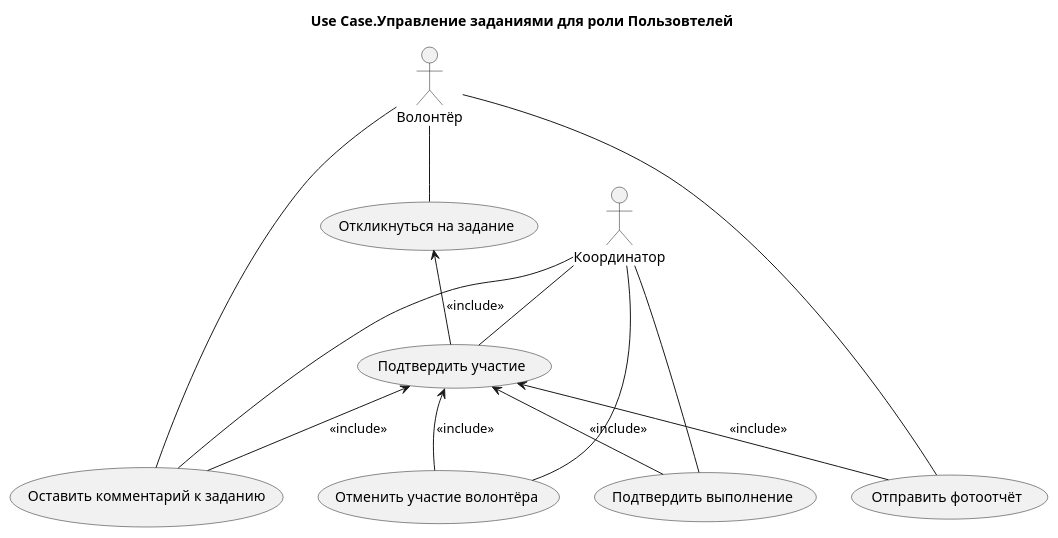
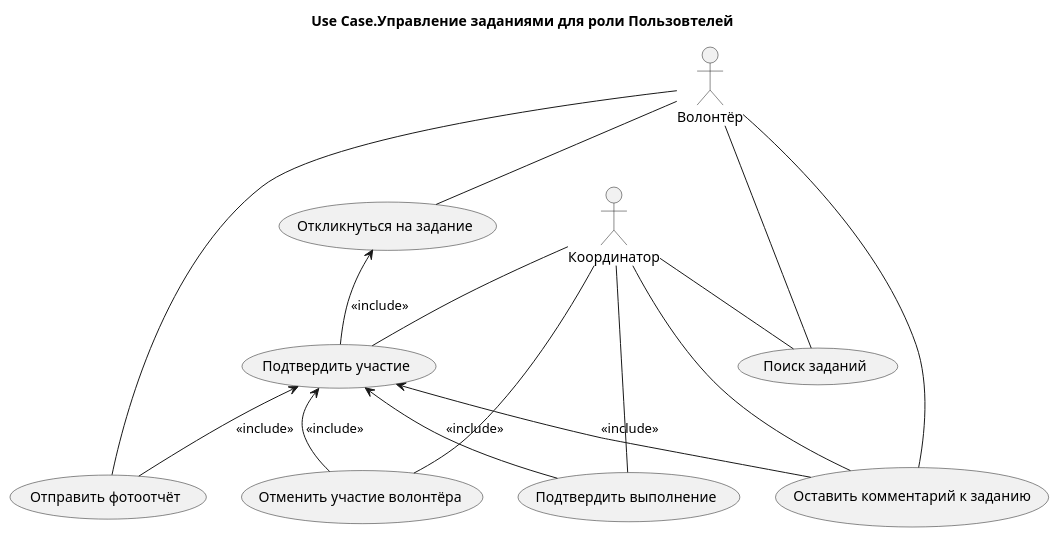
One commit to den990/daPomogu changed the diagram in architecture/Use Cases/Managing-tasks-for-Users.puml. Above: the diagram before and after it, drawn with PlantUML.

Commit message:
Переписали Use Case

```diff
--- a/architecture/Use Cases/Managing-tasks-for-Users.puml
+++ b/architecture/Use Cases/Managing-tasks-for-Users.puml
@@ -1,25 +1,28 @@
 @startuml
 
 skinparam style classic
 
 title Use Case.Управление заданиями для роли Пользовтелей
 
 :Волонтёр:
 :Координатор:
 
 Волонтёр -- (Откликнуться на задание)
 Волонтёр -- (Оставить комментарий к заданию)
 Волонтёр -- (Отправить фотоотчёт)
 (Подтвердить участие) <-- (Оставить комментарий к заданию) : <<include>>
 (Подтвердить участие) <-- (Отправить фотоотчёт) : <<include>>
 
 Координатор -- (Подтвердить выполнение)
 Координатор -- (Подтвердить участие)
 Координатор -- (Отменить участие волонтёра)
 Координатор -- (Оставить комментарий к заданию)
 
+Координатор -- (Поиск заданий)
+Волонтёр -- (Поиск заданий)
+
 (Подтвердить участие) <-- (Подтвердить выполнение) : <<include>>
 (Подтвердить участие) <-- (Отменить участие волонтёра) : <<include>>
 (Откликнуться на задание) <-- (Подтвердить участие) : <<include>>
 
 @enduml
```
